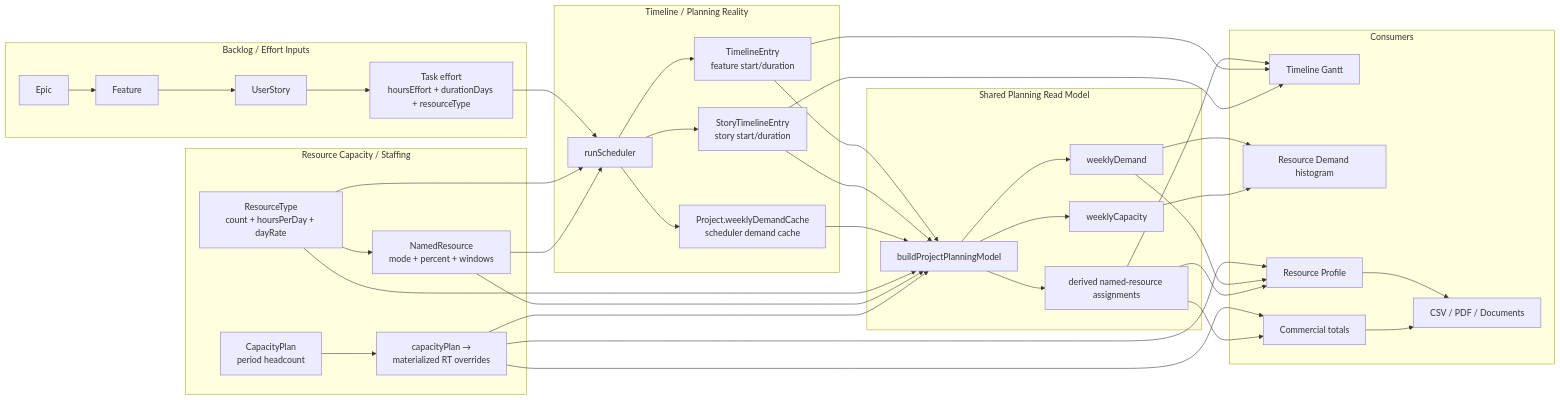
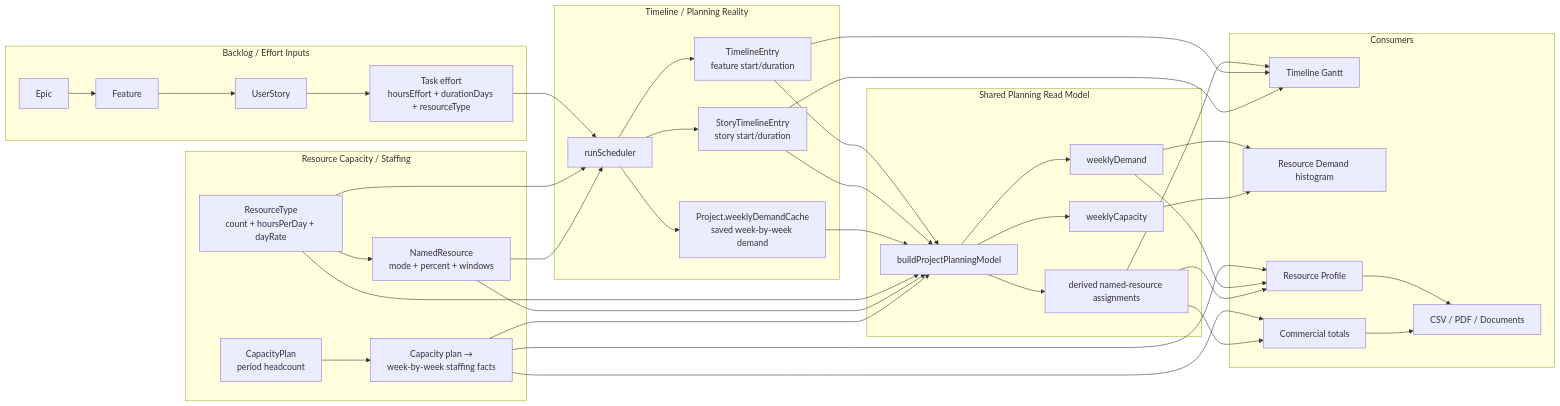
Before and after one commit to NickMonrad/monrad-estimator: the first of 10 diagrams in docs/architecture/scheduling-and-resource-model.md, drawn with Mermaid. The commit also changed other lines of this file, not shown here.

First line of the commit message:
docs: make scheduling architecture guide plainer English

````diff
--- a/docs/architecture/scheduling-and-resource-model.md
+++ b/docs/architecture/scheduling-and-resource-model.md
@@ -18,68 +33,69 @@
 ```mermaid
 flowchart LR
   subgraph Backlog[Backlog / Effort Inputs]
     Epic[Epic]
     Feature[Feature]
     Story[UserStory]
     Task[Task effort<br/>hoursEffort + durationDays + resourceType]
     Epic --> Feature --> Story --> Task
   end
+
   subgraph Capacity[Resource Capacity / Staffing]
     RT[ResourceType<br/>count + hoursPerDay + dayRate]
     NR[NamedResource<br/>mode + percent + windows]
     CP[CapacityPlan<br/>period headcount]
-    Mat[capacityPlan →<br/>materialized RT overrides]
+    Mat[Capacity plan →<br/>week-by-week staffing facts]
     RT --> NR
     CP --> Mat
   end
 
   subgraph Timeline[Timeline / Planning Reality]
     Sched[runScheduler]
     TE[TimelineEntry<br/>feature start/duration]
     STE[StoryTimelineEntry<br/>story start/duration]
-    Cache[Project.weeklyDemandCache<br/>scheduler demand cache]
+    Cache[Project.weeklyDemandCache<br/>saved week-by-week demand]
     Sched --> TE
     Sched --> STE
     Sched --> Cache
   end
 
   subgraph Shared[Shared Planning Read Model]
     PRM[buildProjectPlanningModel]
     Demand[weeklyDemand]
     Assign[derived named-resource assignments]
     WCap[weeklyCapacity]
   end
 
   subgraph Outputs[Consumers]
     Gantt[Timeline Gantt]
     Histogram[Resource Demand histogram]
     Profile[Resource Profile]
     Commercial[Commercial totals]
     Docs[CSV / PDF / Documents]
   end
 
   Task --> Sched
   RT --> Sched
   NR --> Sched
   TE --> PRM
   STE --> PRM
   Cache --> PRM
   RT --> PRM
   NR --> PRM
   Mat --> PRM
   Mat --> Profile
   Mat --> Commercial
   PRM --> Demand
   PRM --> WCap
   PRM --> Assign
   Demand --> Histogram
   Demand --> Profile
   Assign --> Gantt
   Assign --> Profile
   Assign --> Commercial
   WCap --> Histogram
   TE --> Gantt
   STE --> Gantt
   Profile --> Docs
   Commercial --> Docs
 ```
````
